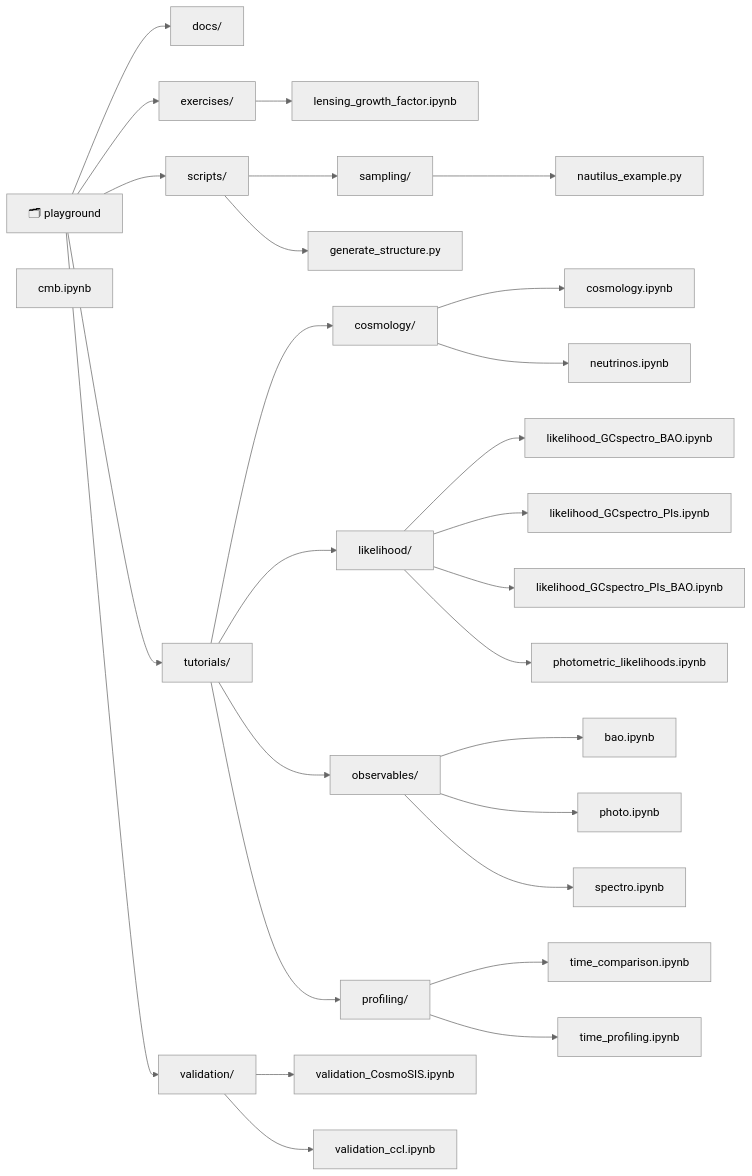
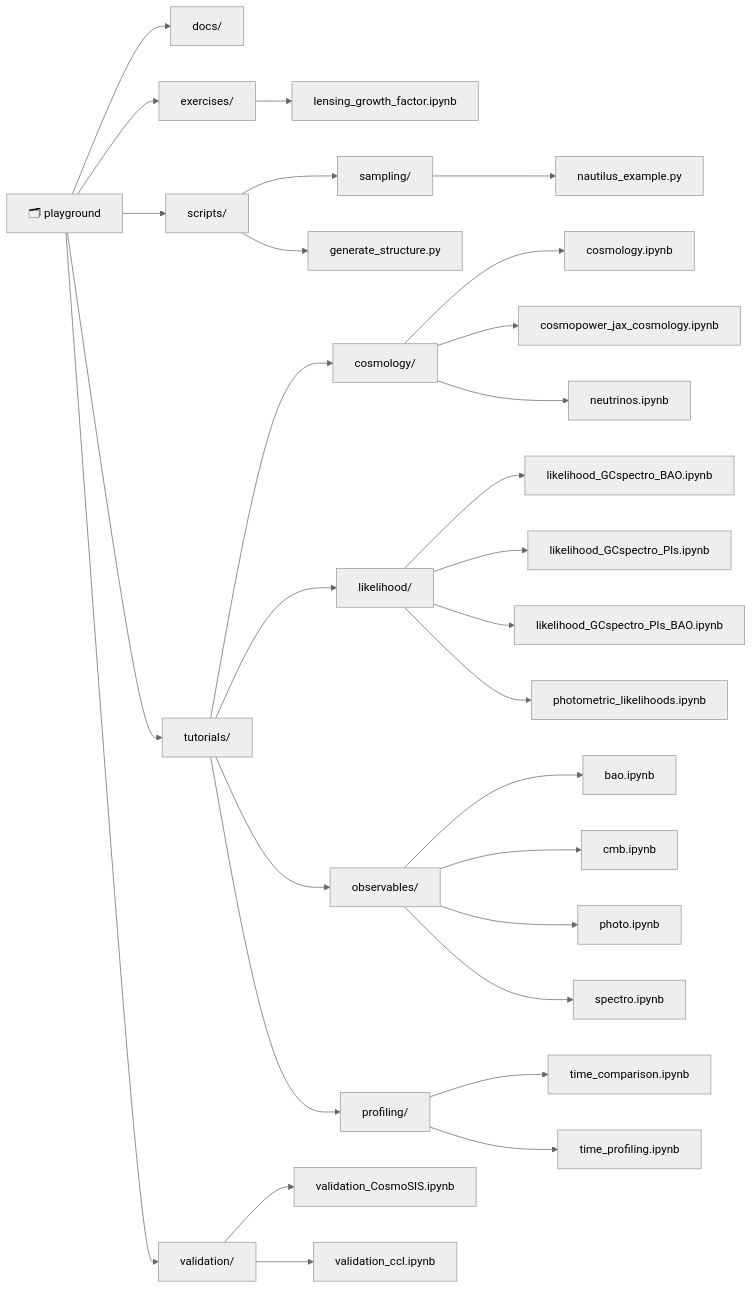
The diagram in README.md (cloe-org/playground), drawn with Mermaid (neutral theme) before and after one commit.

Commit message:
Updated readme properly using generate_structure.py

````diff
--- a/README.md
+++ b/README.md
@@ -42,58 +42,61 @@
 ```mermaid
 graph LR
     root[🗂 playground]
     root__docs[docs/]
     root__exercises[exercises/]
     root__exercises__lensing_growth_factor_ipynb[lensing_growth_factor.ipynb]
     root__scripts[scripts/]
     root__scripts__sampling[sampling/]
     root__scripts__sampling__nautilus_example_py[nautilus_example.py]
     root__scripts__generate_structure_py[generate_structure.py]
     root__tutorials[tutorials/]
     root__tutorials__cosmology[cosmology/]
     root__tutorials__cosmology__cosmology_ipynb[cosmology.ipynb]
+    root__tutorials__cosmology__cosmopower_jax_cosmology_ipynb[cosmopower_jax_cosmology.ipynb]
     root__tutorials__cosmology__neutrinos_ipynb[neutrinos.ipynb]
     root__tutorials__likelihood[likelihood/]
     root__tutorials__likelihood__likelihood_GCspectro_BAO_ipynb[likelihood_GCspectro_BAO.ipynb]
     root__tutorials__likelihood__likelihood_GCspectro_Pls_ipynb[likelihood_GCspectro_Pls.ipynb]
     root__tutorials__likelihood__likelihood_GCspectro_Pls_BAO_ipynb[likelihood_GCspectro_Pls_BAO.ipynb]
     root__tutorials__likelihood__photometric_likelihoods_ipynb[photometric_likelihoods.ipynb]
     root__tutorials__observables[observables/]
     root__tutorials__observables__bao_ipynb[bao.ipynb]
+    root__tutorials__observables__cmb_ipynb[cmb.ipynb]
     root__tutorials__observables__photo_ipynb[photo.ipynb]
     root__tutorials__observables__spectro_ipynb[spectro.ipynb]
-    root__tutorials__observables__cmb_ipynb[cmb.ipynb]
     root__tutorials__profiling[profiling/]
     root__tutorials__profiling__time_comparison_ipynb[time_comparison.ipynb]
     root__tutorials__profiling__time_profiling_ipynb[time_profiling.ipynb]
     root__validation[validation/]
     root__validation__validation_CosmoSIS_ipynb[validation_CosmoSIS.ipynb]
     root__validation__validation_ccl_ipynb[validation_ccl.ipynb]
 
     root --> root__docs
     root --> root__exercises
     root__exercises --> root__exercises__lensing_growth_factor_ipynb
     root --> root__scripts
     root__scripts --> root__scripts__sampling
     root__scripts__sampling --> root__scripts__sampling__nautilus_example_py
     root__scripts --> root__scripts__generate_structure_py
     root --> root__tutorials
     root__tutorials --> root__tutorials__cosmology
     root__tutorials__cosmology --> root__tutorials__cosmology__cosmology_ipynb
+    root__tutorials__cosmology --> root__tutorials__cosmology__cosmopower_jax_cosmology_ipynb
     root__tutorials__cosmology --> root__tutorials__cosmology__neutrinos_ipynb
     root__tutorials --> root__tutorials__likelihood
     root__tutorials__likelihood --> root__tutorials__likelihood__likelihood_GCspectro_BAO_ipynb
     root__tutorials__likelihood --> root__tutorials__likelihood__likelihood_GCspectro_Pls_ipynb
     root__tutorials__likelihood --> root__tutorials__likelihood__likelihood_GCspectro_Pls_BAO_ipynb
     root__tutorials__likelihood --> root__tutorials__likelihood__photometric_likelihoods_ipynb
     root__tutorials --> root__tutorials__observables
     root__tutorials__observables --> root__tutorials__observables__bao_ipynb
+    root__tutorials__observables --> root__tutorials__observables__cmb_ipynb
     root__tutorials__observables --> root__tutorials__observables__photo_ipynb
     root__tutorials__observables --> root__tutorials__observables__spectro_ipynb
     root__tutorials --> root__tutorials__profiling
     root__tutorials__profiling --> root__tutorials__profiling__time_comparison_ipynb
     root__tutorials__profiling --> root__tutorials__profiling__time_profiling_ipynb
     root --> root__validation
     root__validation --> root__validation__validation_CosmoSIS_ipynb
     root__validation --> root__validation__validation_ccl_ipynb
 ```
````
